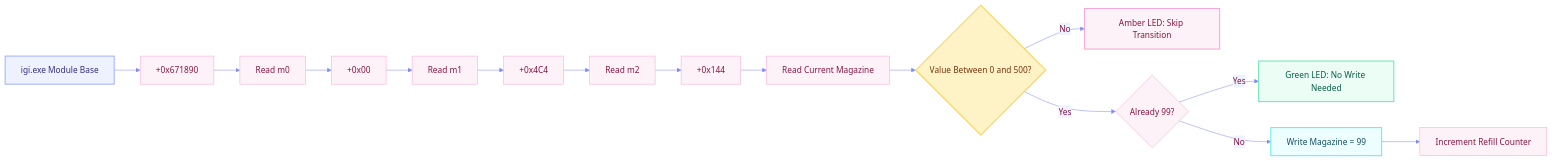
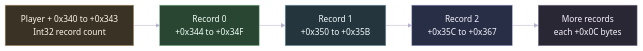
One commit to Tanishq-JM/Project-IGI-Offline-Trainer changed the ninth of 17 diagrams in README.md. Above: the diagram before and after it, drawn with Mermaid. The commit also changed other lines of this file, not shown here.

````diff
--- a/README.md
+++ b/README.md
@@ -709,24 +417,14 @@
 ```mermaid
-%%{init: {'theme':'base', 'themeVariables': { 'primaryColor':'#FDF2F8','primaryTextColor':'#831843','primaryBorderColor':'#F9A8D4','lineColor':'#818CF8','secondaryColor':'#EEF2FF','tertiaryColor':'#ECFDF5'}}}%%
+%%{init: {'theme':'base', 'themeVariables': {'background':'#0F1117','primaryColor':'#20263A','primaryTextColor':'#F6F3FF','primaryBorderColor':'#8E93B8','lineColor':'#B7B2CC','secondaryColor':'#1D2C35','secondaryTextColor':'#F3FAFC','secondaryBorderColor':'#7E9BAA','tertiaryColor':'#342633','tertiaryTextColor':'#FFF2FB','tertiaryBorderColor':'#A17F9D','fontFamily':'Segoe UI'}}}%%
 flowchart LR
-    Base[igi.exe Module Base] --> Root[+0x671890]
-    Root --> M0[Read m0]
-    M0 --> Step1[+0x00]
-    Step1 --> M1[Read m1]
-    M1 --> Step2[+0x4C4]
-    Step2 --> M2[Read m2]
-    M2 --> Final[+0x144]
-    Final --> Current[Read Current Magazine]
-    Current --> Plausible{Value Between 0 and 500?}
-    Plausible -->|No| Transition[Amber LED: Skip Transition]
-    Plausible -->|Yes| Target{Already 99?}
-    Target -->|Yes| Active[Green LED: No Write Needed]
-    Target -->|No| Write[Write Magazine = 99]
-    Write --> Counter[Increment Refill Counter]
+    Count["Player + 0x340 to +0x343<br/>Int32 record count"] --> R0["Record 0<br/>+0x344 to +0x34F"]
+    R0 --> R1["Record 1<br/>+0x350 to +0x35B"]
+    R1 --> R2["Record 2<br/>+0x35C to +0x367"]
+    R2 --> RN["More records<br/>each +0x0C bytes"]
 
-    style Base fill:#EEF2FF,stroke:#A5B4FC,stroke-width:2px,color:#312E81
-    style Plausible fill:#FEF3C7,stroke:#FCD34D,stroke-width:2px,color:#78350F
-    style Transition fill:#FDF2F8,stroke:#F9A8D4,stroke-width:2px,color:#831843
-    style Active fill:#ECFDF5,stroke:#6EE7B7,stroke-width:2px,color:#065F46
-    style Write fill:#ECFEFF,stroke:#67E8F9,stroke-width:2px,color:#164E63
+    style Count fill:#3A3224,stroke:#B59D73,color:#FFF8E9
+    style R0 fill:#294632,stroke:#8BC09A,color:#F1FFF5
+    style R1 fill:#24353E,stroke:#86A7B5,color:#F2FBFD
+    style R2 fill:#282E46,stroke:#9BA1D0,color:#F7F5FF
+    style RN fill:#2A2734,stroke:#8C849D,color:#F8F4FF
 ```
````
